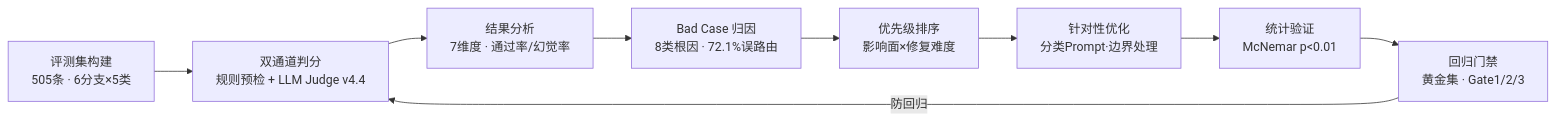
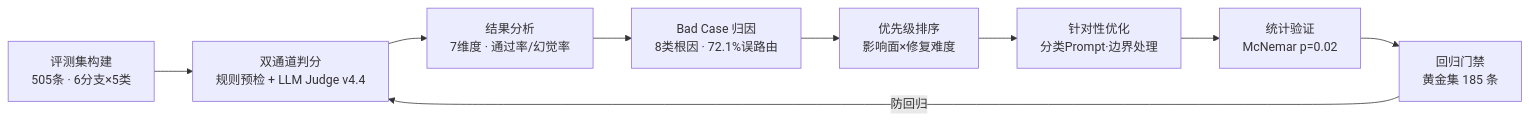
One commit to guo-chaoqun/ecommerce-ai-customer-service changed the first of 3 diagrams in README.md. Above: the diagram before and after it, drawn with Mermaid. The commit also changed other lines of this file, not shown here.

````diff
--- a/README.md
+++ b/README.md
@@ -23,11 +22,11 @@
 ```mermaid
 flowchart LR
     A[评测集构建<br/>505条 · 6分支×5类] --> B[双通道判分<br/>规则预检 + LLM Judge v4.4]
     B --> C[结果分析<br/>7维度 · 通过率/幻觉率]
     C --> D[Bad Case 归因<br/>8类根因 · 72.1%误路由]
     D --> E[优先级排序<br/>影响面×修复难度]
     E --> F[针对性优化<br/>分类Prompt·边界处理]
-    F --> G[统计验证<br/>McNemar p<0.01]
-    G --> H[回归门禁<br/>黄金集 · Gate1/2/3]
+    F --> G[统计验证<br/>McNemar p=0.02]
+    G --> H[回归门禁<br/>黄金集 185 条]
     H -->|防回归| B
 ```
````
